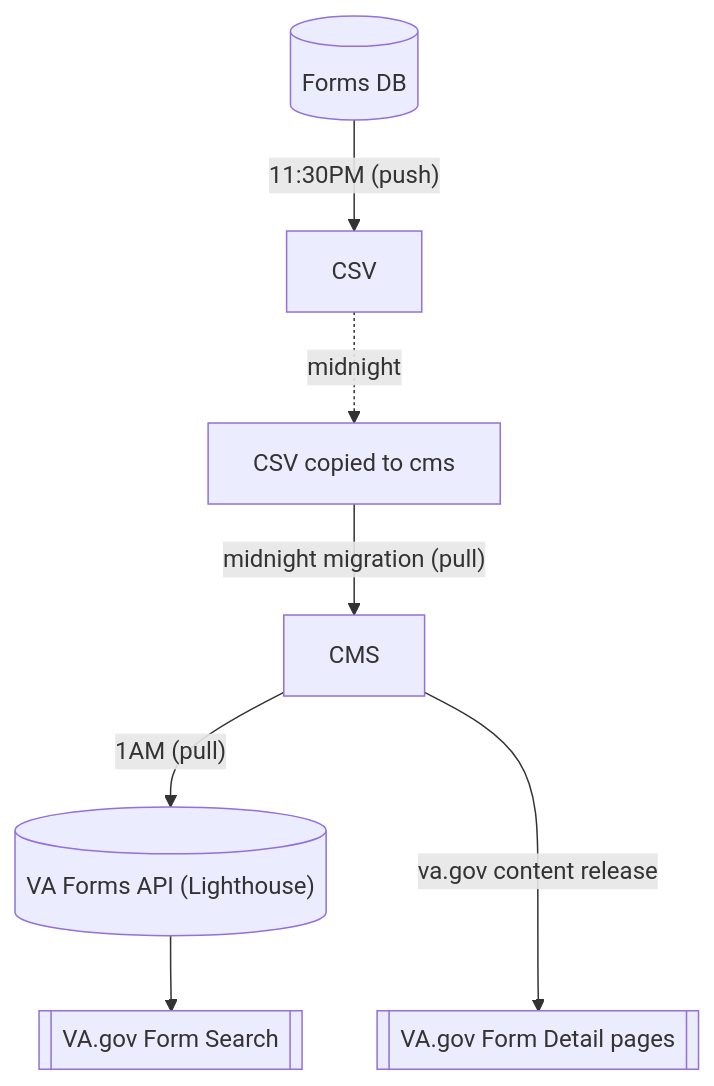
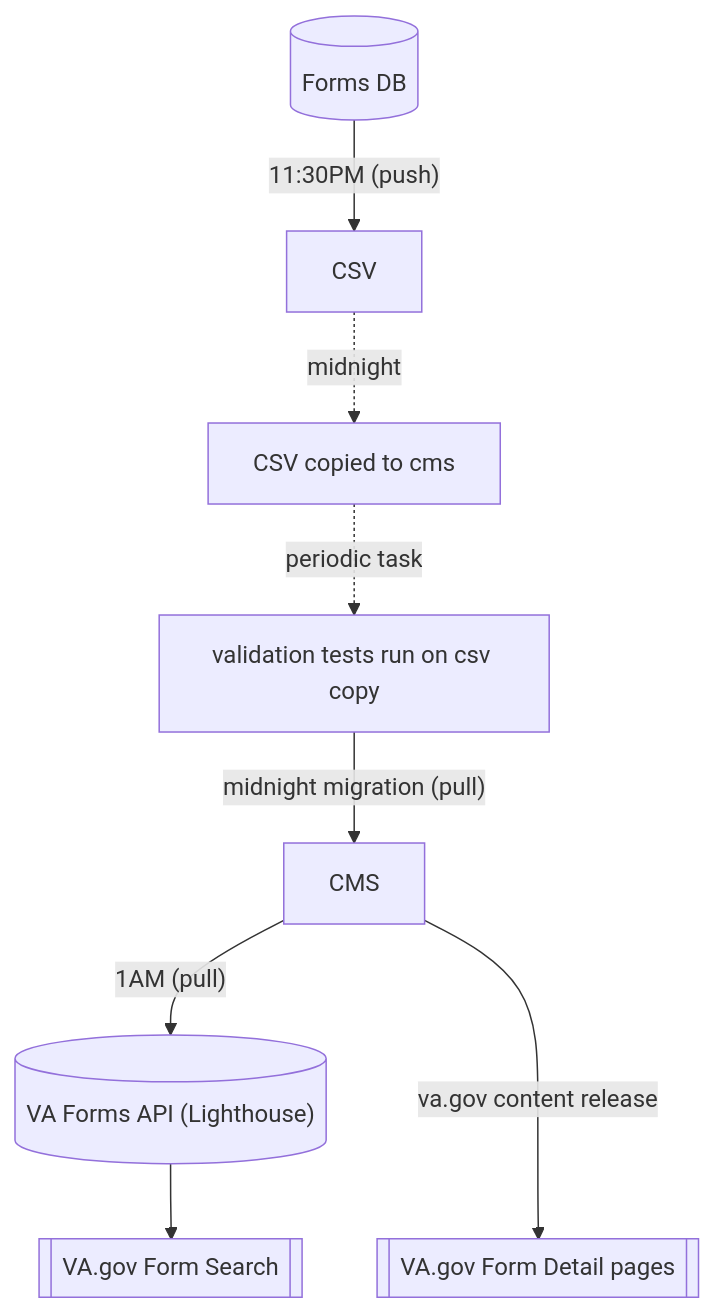
One commit to department-of-veterans-affairs/va.gov-cms changed the diagram in READMES/migrations-forms.md. Above: the diagram before and after it, drawn with Mermaid. The commit also changed other lines of this file, not shown here.

Commit message:
[DOCS] Update va forms migration to include tests.

````diff
--- a/READMES/migrations-forms.md
+++ b/READMES/migrations-forms.md
@@ -14,9 +14,10 @@
 ```mermaid
   graph TD;
     fdb[(Forms DB)] -- "11:30PM (push)" --> csv1[CSV]
     csv1 -. midnight .-> csv2[CSV copied to cms]
-    csv2 -- "midnight migration (pull)" --> cms[CMS]
+    csv2 -. periodic task .-> csv3[validation tests run on csv copy]
+    csv3 -- "midnight migration (pull)" --> cms[CMS]
     cms-- "1AM (pull)" -->formapi[("VA Forms API (Lighthouse)")]
     cms -- va.gov content release --->fe[[VA.gov Form Detail pages]]
     formapi-->formsearch[[VA.gov Form Search]]
 ```
````
